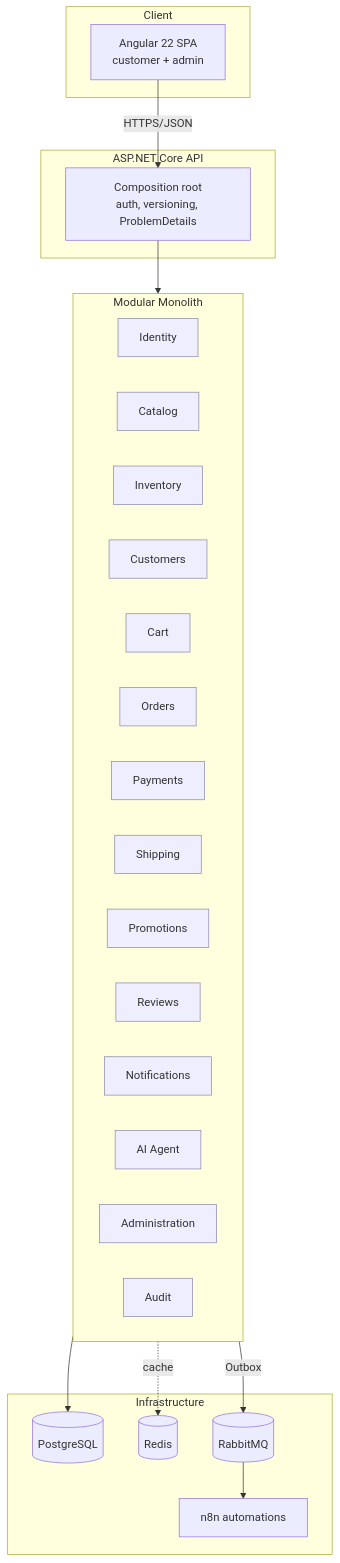
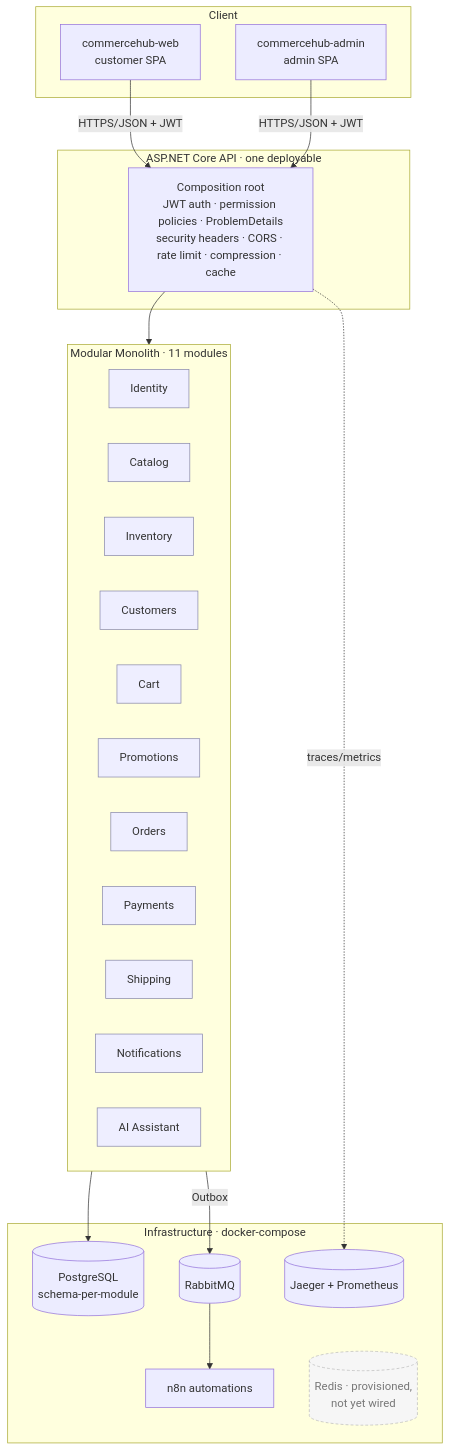
One commit to davidtriminio/catrashop changed the diagram in README.md. Above: the diagram before and after it, drawn with Mermaid. The commit also changed other lines of this file and 9 other files, not shown here.

First line of the commit message:
docs: phase 23 documentation polish — accuracy pass, architecture docs, indexes

````diff
--- a/README.md
+++ b/README.md
@@ -42,36 +43,36 @@
 ```mermaid
 flowchart TB
     subgraph Client
-      A[Angular 22 SPA<br/>customer + admin]
+      WEB[commercehub-web<br/>customer SPA]
+      ADM[commercehub-admin<br/>admin SPA]
     end
-    subgraph API[ASP.NET Core API]
-      GW[Composition root<br/>auth, versioning, ProblemDetails]
+    subgraph API[ASP.NET Core API · one deployable]
+      GW[Composition root<br/>JWT auth · permission policies · ProblemDetails<br/>security headers · CORS · rate limit · compression · cache]
     end
-    subgraph Modules[Modular Monolith]
+    subgraph Modules[Modular Monolith · 11 modules]
       ID[Identity]:::m
       CAT[Catalog]:::m
       INV[Inventory]:::m
       CUS[Customers]:::m
       CART[Cart]:::m
+      PROMO[Promotions]:::m
       ORD[Orders]:::m
       PAY[Payments]:::m
       SHIP[Shipping]:::m
-      PROMO[Promotions]:::m
-      REV[Reviews]:::m
       NOTIF[Notifications]:::m
-      AI[AI Agent]:::m
-      ADMIN[Administration]:::m
-      AUD[Audit]:::m
+      AI[AI Assistant]:::m
     end
-    subgraph Infra[Infrastructure]
-      PG[(PostgreSQL)]
-      REDIS[(Redis)]
+    subgraph Infra[Infrastructure · docker-compose]
+      PG[(PostgreSQL<br/>schema-per-module)]
       MQ[(RabbitMQ)]
       N8N[n8n automations]
+      OBS[(Jaeger + Prometheus)]
+      REDIS[(Redis · provisioned,<br/>not yet wired)]:::future
     end
-    A -->|HTTPS/JSON| GW --> Modules
+    WEB & ADM -->|HTTPS/JSON + JWT| GW --> Modules
     Modules -->|Outbox| MQ --> N8N
     Modules --> PG
-    Modules -. cache .-> REDIS
+    GW -. traces/metrics .-> OBS
     classDef m fill:#eef,stroke:#88a;
+    classDef future fill:#f6f6f6,stroke:#bbb,stroke-dasharray:4 3,color:#777;
 ```
````
